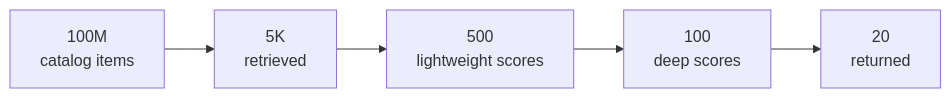
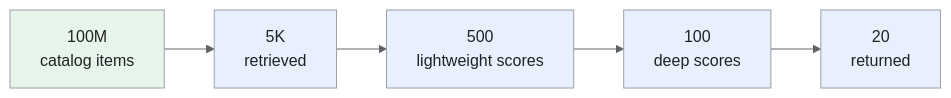
Before and after one commit to iliazlobin/iliazlobin.github.io: the third of 4 diagrams in _designs/product-recommendations.md, drawn with Mermaid. The commit also changed other lines of this file and 25 other files, not shown here.

Commit message:
docs: explain Batch B design flows and tradeoffs

````diff
--- a/_designs/product-recommendations.md
+++ b/_designs/product-recommendations.md
@@ -200,7 +255,14 @@
 ```mermaid
+%%{init: {'theme':'base','themeVariables':{'primaryColor':'#e8f0fe','primaryTextColor':'#202124','primaryBorderColor':'#9aa0a6','lineColor':'#5f6368','secondaryColor':'#e6f4ea','tertiaryColor':'#fef7e0','actorBkg':'#e8f0fe','actorBorder':'#9aa0a6','actorTextColor':'#202124','noteBkgColor':'#fef7e0','noteTextColor':'#202124','noteBorderColor':'#9aa0a6','signalColor':'#5f6368','signalTextColor':'#202124','labelBoxBkgColor':'#fef7e0','labelBoxBorderColor':'#9aa0a6'}}}%%
 flowchart LR
   A["100M<br/>catalog items"] --> B["5K<br/>retrieved"]
   B --> C["500<br/>lightweight scores"]
   C --> D["100<br/>deep scores"]
   D --> E["20<br/>returned"]
+classDef request fill:#e8f0fe,stroke:#9aa0a6,color:#202124;
+classDef data fill:#e6f4ea,stroke:#9aa0a6,color:#202124;
+classDef control fill:#fef7e0,stroke:#9aa0a6,color:#202124;
+class B,C,D,E request;
+class A data;
+
 ```
````
